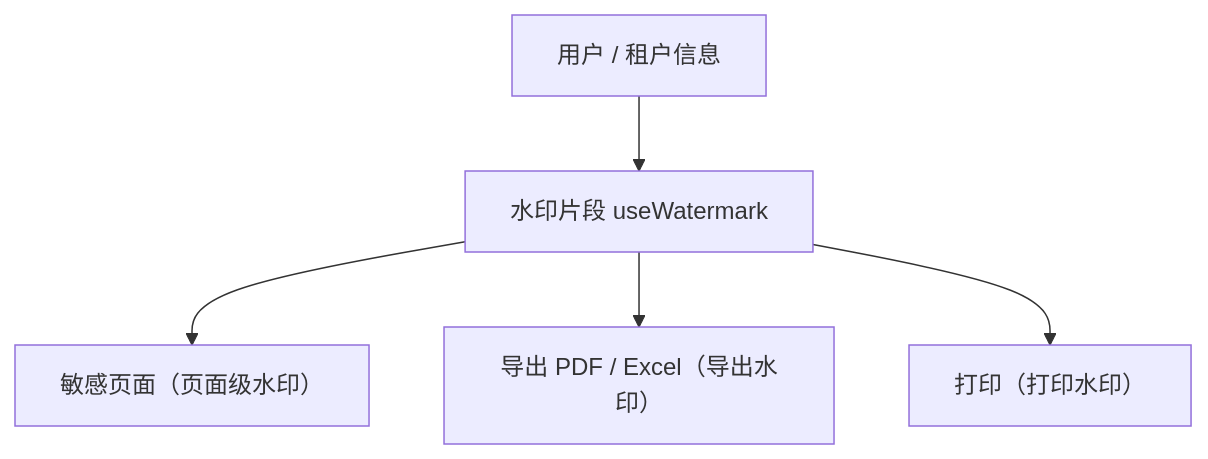
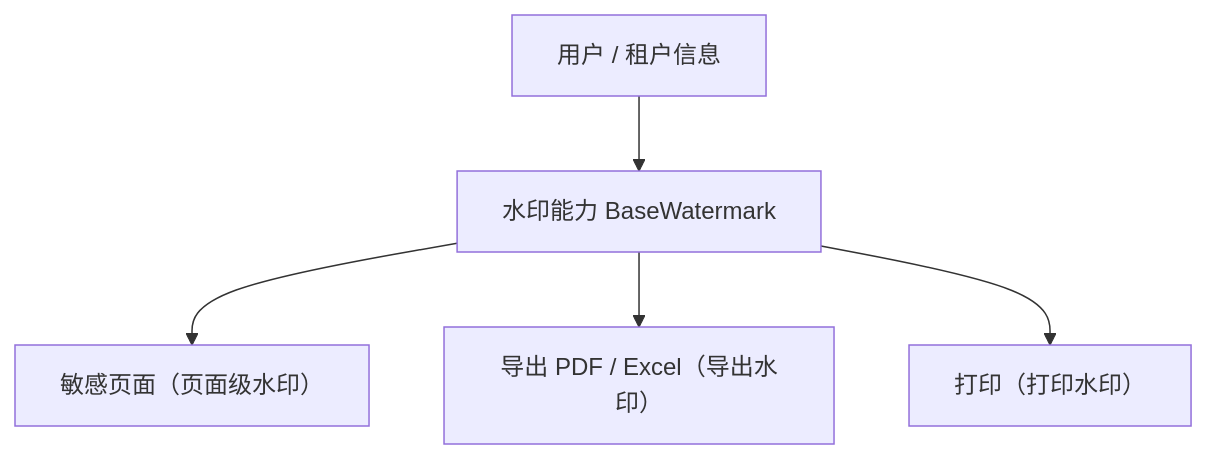
One commit to minjian123/basic-management-system changed the diagram in bms文档/设计/组件设计/02_基础组件类/02_能力片段/30_组件设计_水印片段/30_组件设计_水印片段.md. Above: the diagram before and after it, drawn with Mermaid. The commit also changed other lines of this file and 49 other files, not shown here.

````diff
--- a/bms文档/设计/组件设计/02_基础组件类/02_能力片段/30_组件设计_水印片段/30_组件设计_水印片段.md
+++ b/bms文档/设计/组件设计/02_基础组件类/02_能力片段/30_组件设计_水印片段/30_组件设计_水印片段.md
@@ -15,7 +15,7 @@
 ```mermaid
 flowchart TD
-    W["水印片段 useWatermark"] --> P["敏感页面（页面级水印）"]
+    W["水印能力 BaseWatermark"] --> P["敏感页面（页面级水印）"]
     W --> E["导出 PDF / Excel（导出水印）"]
     W --> PR["打印（打印水印）"]
     U["用户 / 租户信息"] --> W
 ```
````
